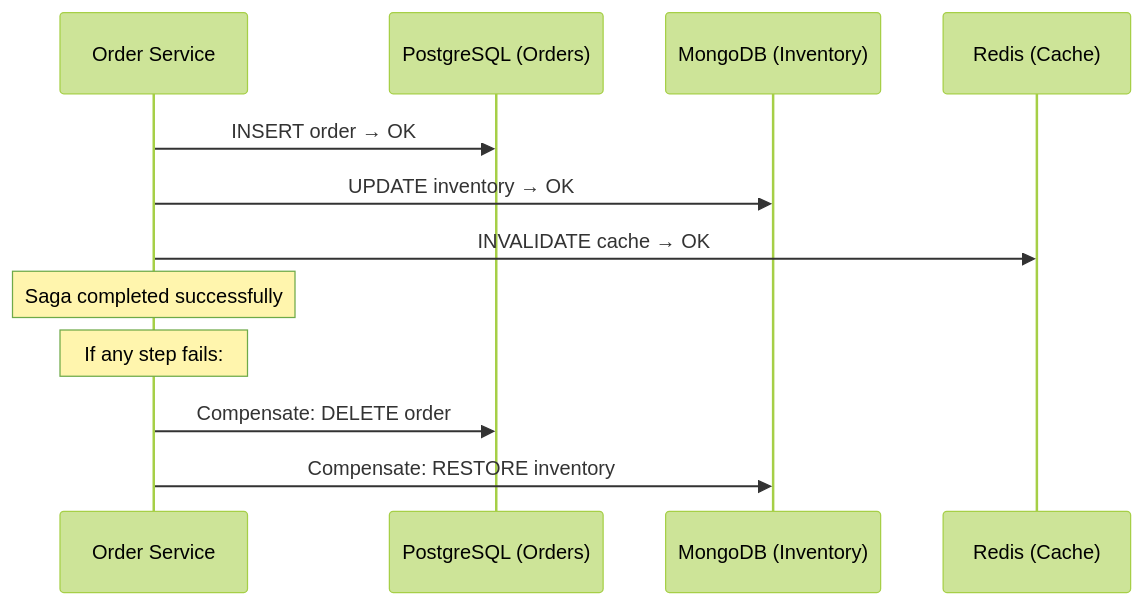
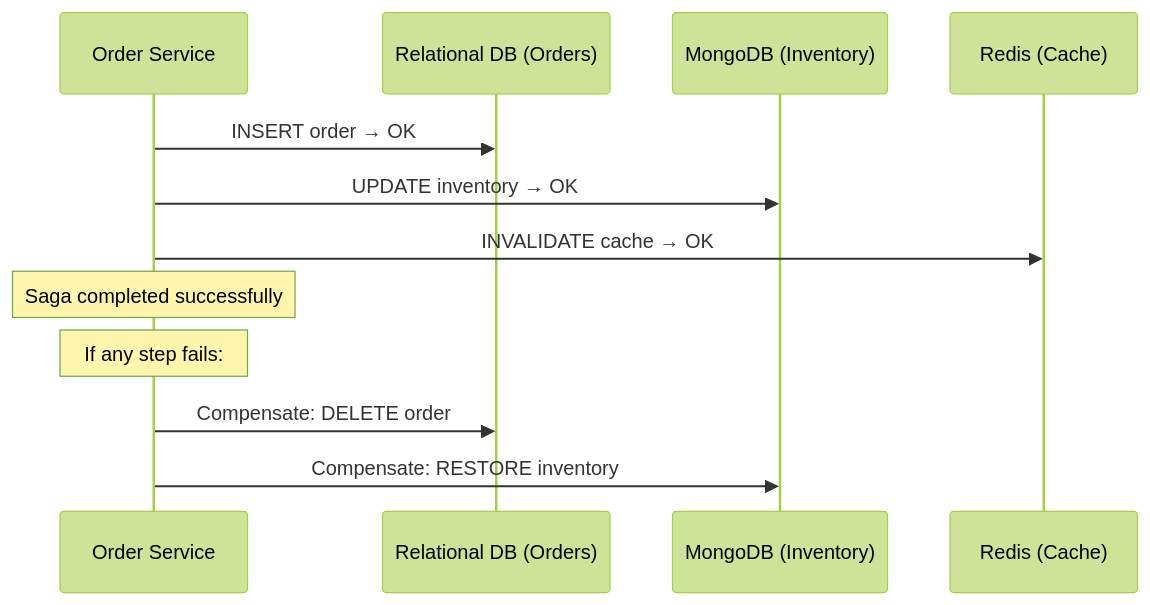
Before and after one commit to gurkanindibay/azure_learning: the seventh of 7 diagrams in architecture-general/04-data-analytics-ai-architecture/01-data-architecture/03-polyglot-persistence.md, drawn with Mermaid (forest theme). The commit also changed other lines of this file, not shown here.

````diff
--- a/architecture-general/04-data-analytics-ai-architecture/01-data-architecture/03-polyglot-persistence.md
+++ b/architecture-general/04-data-analytics-ai-architecture/01-data-architecture/03-polyglot-persistence.md
@@ -374,16 +374,16 @@
 ```mermaid
 sequenceDiagram
     participant Svc as Order Service
-    participant PG as PostgreSQL (Orders)
+    participant PG as Relational DB (Orders)
     participant Mongo as MongoDB (Inventory)
     participant Redis as Redis (Cache)
 
     Svc->>PG: INSERT order → OK
     Svc->>Mongo: UPDATE inventory → OK
     Svc->>Redis: INVALIDATE cache → OK
     Note over Svc: Saga completed successfully
 
     Note over Svc: If any step fails:
     Svc->>PG: Compensate: DELETE order
     Svc->>Mongo: Compensate: RESTORE inventory
 ```
````
